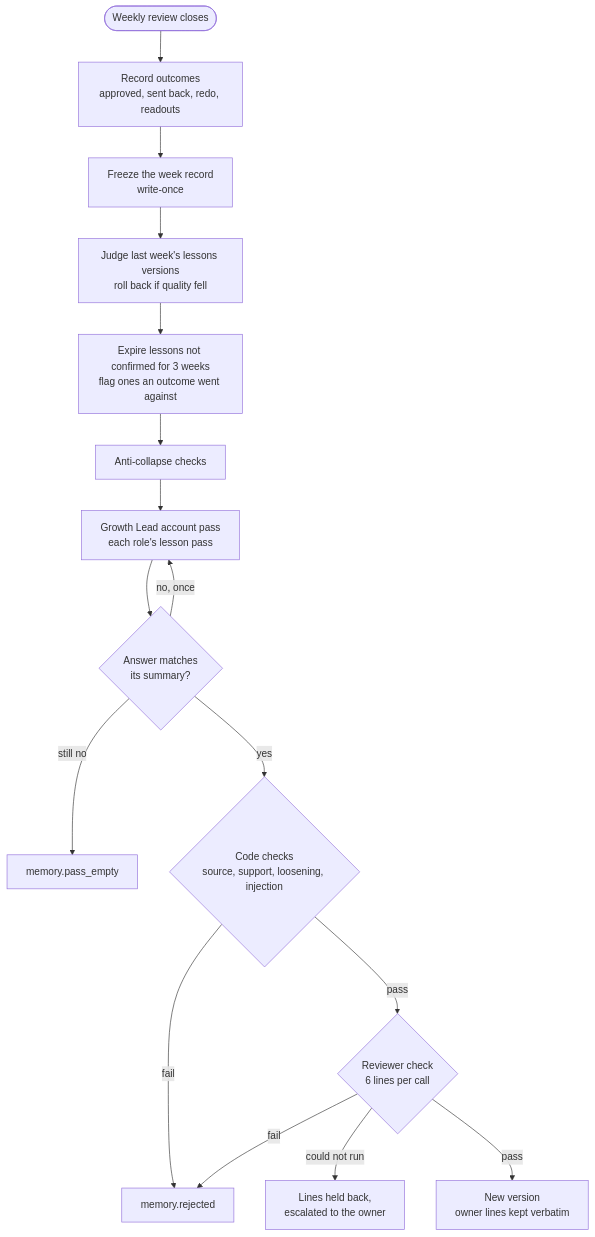
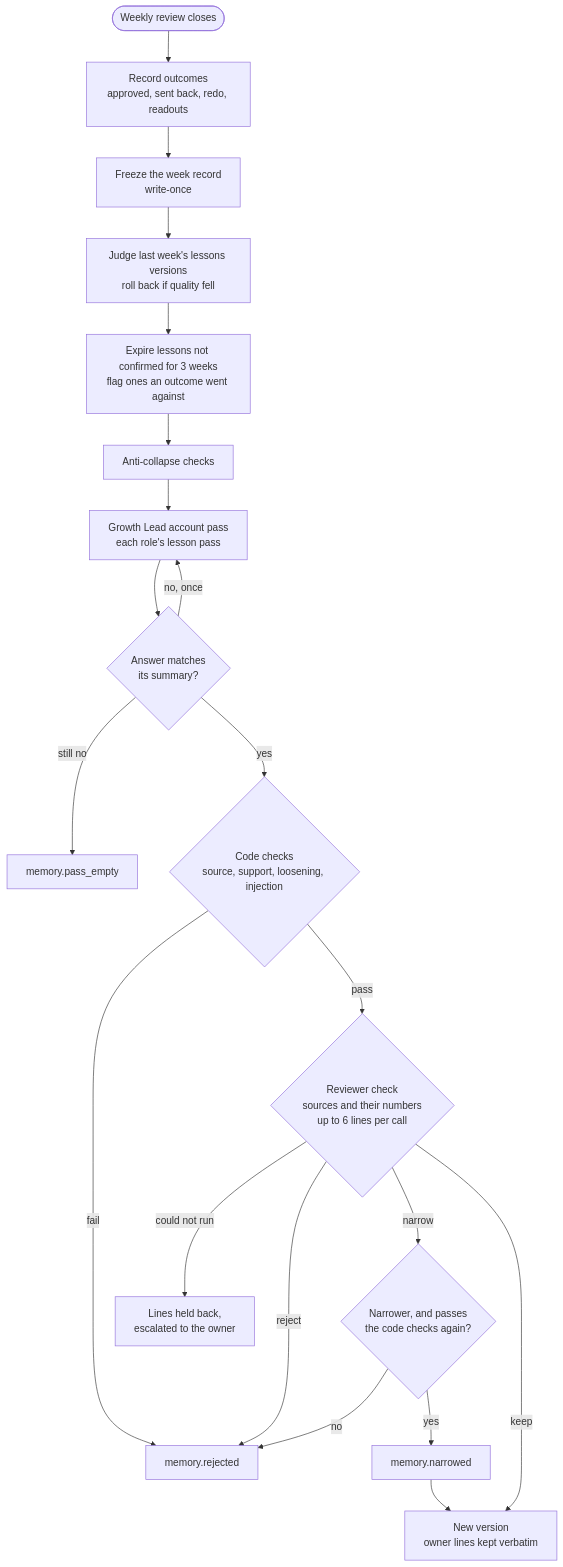
Before and after one commit to Jieyi-Deng/agent-beans: the seventh of 8 diagrams in docs/harness.md, drawn with Mermaid. The commit also changed other lines of this file and 14 other files, not shown here.

````diff
--- a/docs/harness.md
+++ b/docs/harness.md
@@ -230,18 +230,21 @@
 ```mermaid
 flowchart TB
     close(["Weekly review closes"]) --> out["Record outcomes<br/>approved, sent back, redo, readouts"]
     out --> freeze["Freeze the week record<br/>write-once"]
     freeze --> judge["Judge last week's lessons versions<br/>roll back if quality fell"]
     judge --> refresh["Expire lessons not confirmed for 3 weeks<br/>flag ones an outcome went against"]
     refresh --> collapse["Anti-collapse checks"]
     collapse --> passes["Growth Lead account pass<br/>each role's lesson pass"]
     passes --> match{"Answer matches<br/>its summary?"}
     match -- "no, once" --> passes
     match -- "still no" --> empty["memory.pass_empty"]
     match -- "yes" --> code{"Code checks<br/>source, support, loosening, injection"}
     code -- "fail" --> rej["memory.rejected"]
-    code -- "pass" --> rev{"Reviewer check<br/>6 lines per call"}
-    rev -- "fail" --> rej
+    code -- "pass" --> rev{"Reviewer check<br/>sources and their numbers<br/>up to 6 lines per call"}
+    rev -- "reject" --> rej
+    rev -- "narrow" --> cut{"Narrower, and passes<br/>the code checks again?"}
+    cut -- "no" --> rej
+    cut -- "yes" --> nar["memory.narrowed"] --> ver
     rev -- "could not run" --> held["Lines held back,<br/>escalated to the owner"]
-    rev -- "pass" --> ver["New version<br/>owner lines kept verbatim"]
+    rev -- "keep" --> ver["New version<br/>owner lines kept verbatim"]
 ```
````
